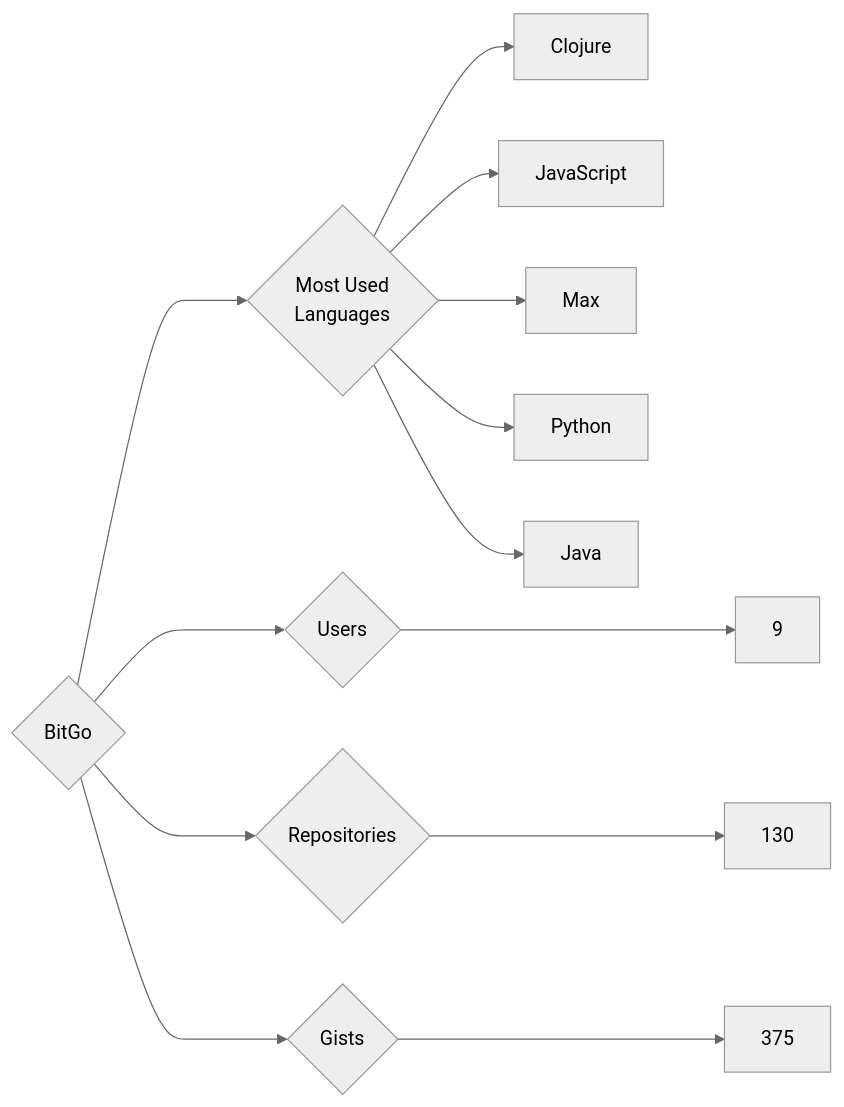
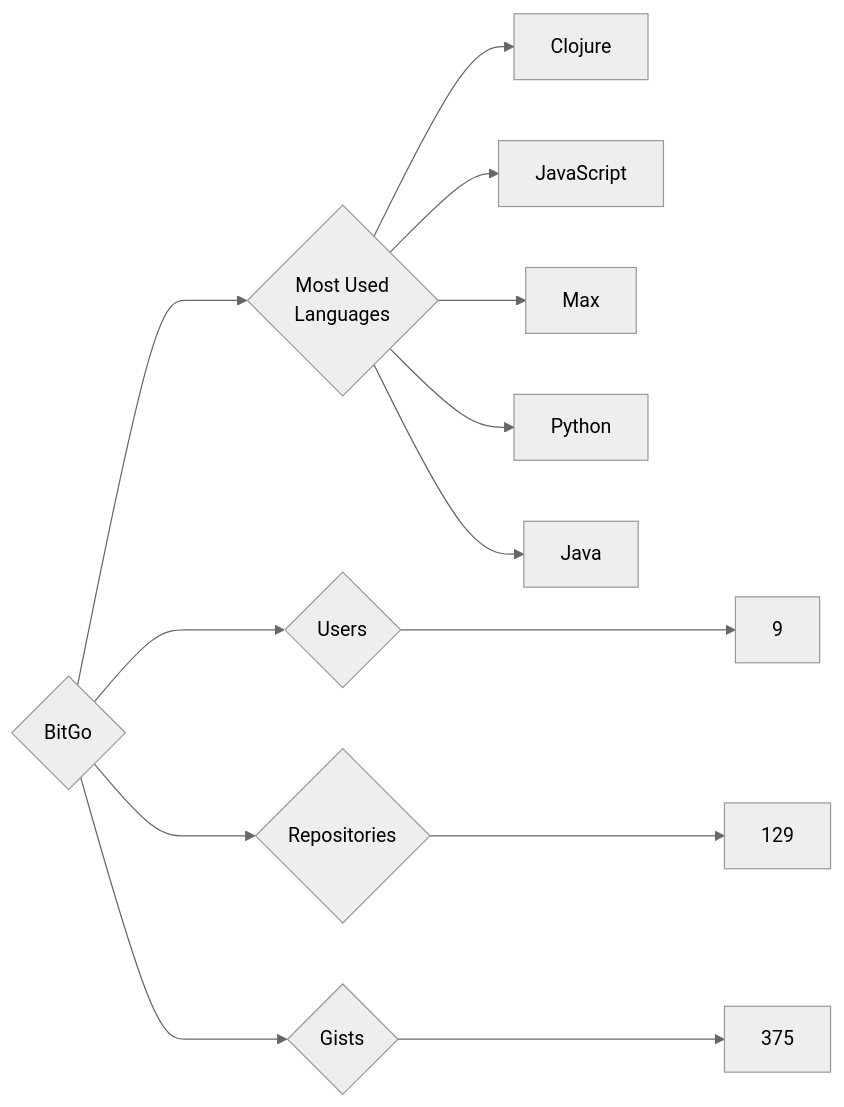
Before and after one commit to trickest/insiders: the diagram in targets/BitGo/README.md, drawn with Mermaid (neutral theme). The commit also changed 776 other files, not shown here.

````diff
--- a/targets/BitGo/README.md
+++ b/targets/BitGo/README.md
@@ -3,13 +3,13 @@
 ```mermaid
 graph LR
 COMPANY_NAME{BitGo}
 COMPANY_NAME ---> U{Users} ---> UN[9]
-COMPANY_NAME ---> R{Repositories} ---> RN[130]
+COMPANY_NAME ---> R{Repositories} ---> RN[129]
 COMPANY_NAME ---> G{Gists} ---> GN[375]
 COMPANY_NAME ---> ML{Most Used<br>Languages}
 ML --> Clojure[Clojure]
 ML --> JavaScript[JavaScript]
 ML --> Max[Max]
 ML --> Python[Python]
 ML --> Java[Java]
 ```
````
